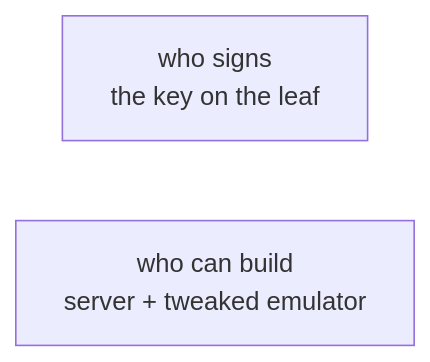
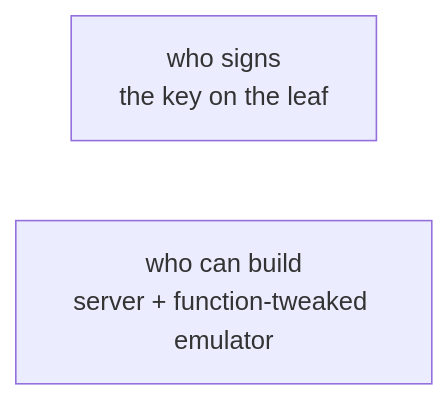
Before and after one commit to arkade-os/skills: the fourth of 4 diagrams in skills/covenant-viz/SKILL.md, drawn with Mermaid. The commit also changed other lines of this file and 6 other files, not shown here.

````diff
--- a/skills/covenant-viz/SKILL.md
+++ b/skills/covenant-viz/SKILL.md
@@ -78,5 +79,5 @@
 ```mermaid
 flowchart LR
   signs["who signs<br/>the key on the leaf"]
-  builds["who can build<br/>server + tweaked emulator"]
+  builds["who can build<br/>server + function-tweaked emulator"]
 ```
````
